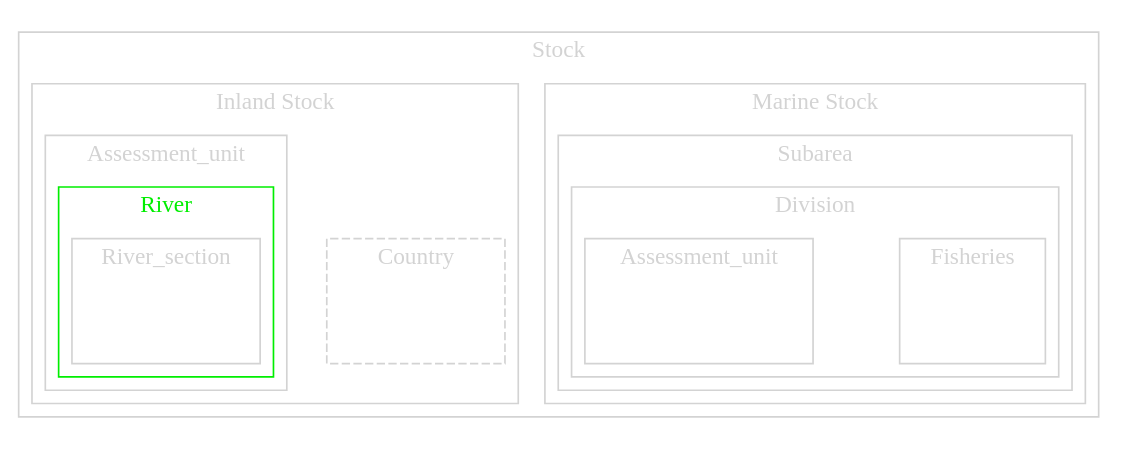
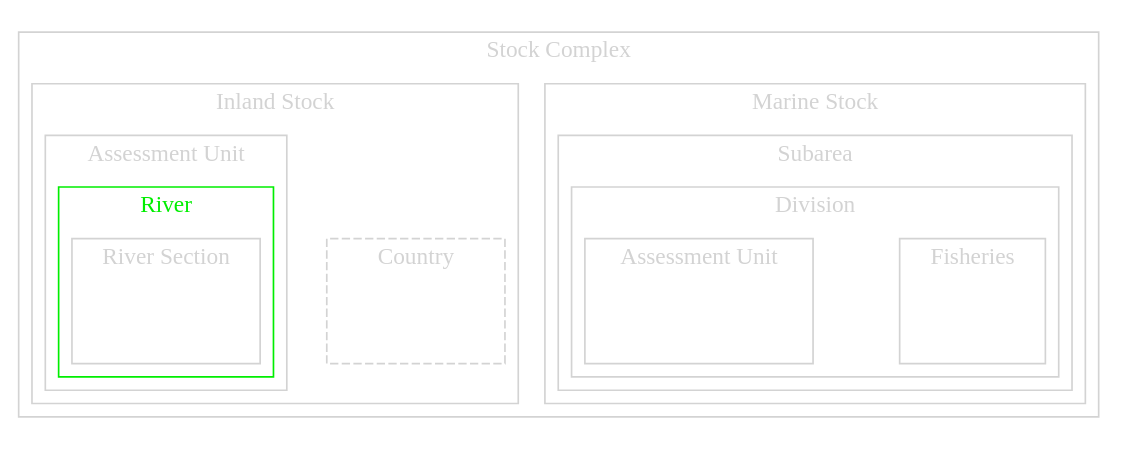
Before and after one commit to DIASPARAproject/WP3_habitat: diagram 13 of 20 in R/generating_graphs.qmd, drawn with Graphviz. The commit also changed other lines of this file and 3 other files, not shown here.

````diff
--- a/R/generating_graphs.qmd
+++ b/R/generating_graphs.qmd
@@ -1262,6 +1262,6 @@
 ```{dot}
 //| label: fig-area_hierarchy_nas4
-//| eval: false
+//| eval: true
 
 digraph {
     compound=true;
@@ -1269,7 +1269,7 @@
     rankdir="LR";
 
     subgraph clusterZ {
-      label = Stock
+      label = "Stock Complex"
       style=full
       color=lightgrey
       fontcolor=lightgrey
@@ -1283,21 +1283,21 @@
         center=true
 
         subgraph clusterB {
-        label = Assessment_unit
+        label= "Assessment Unit"
         style=full
         color=lightgrey
         fontcolor=lightgrey
         center=true
 
           subgraph clusterC {
-          label = River
+          label = "River"
           style=full
           color=green2
           fontcolor=green2
           center=true
                 
             subgraph clusterD {
-            label = River_section
+            label = "River Section"
             style=full
             color=lightgrey
             fontcolor=lightgrey
@@ -1343,7 +1343,7 @@
           center=true
                 
             subgraph clusterI {
-            label = Assessment_unit
+            label= "Assessment Unit"
             style=full
             color=lightgrey
             fontcolor=lightgrey
````
